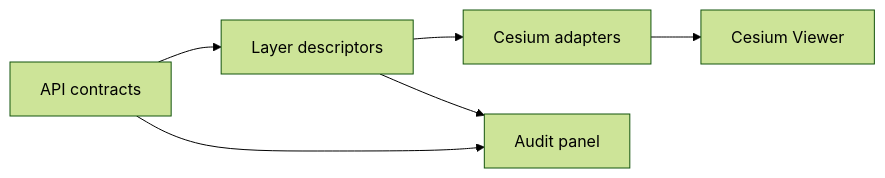
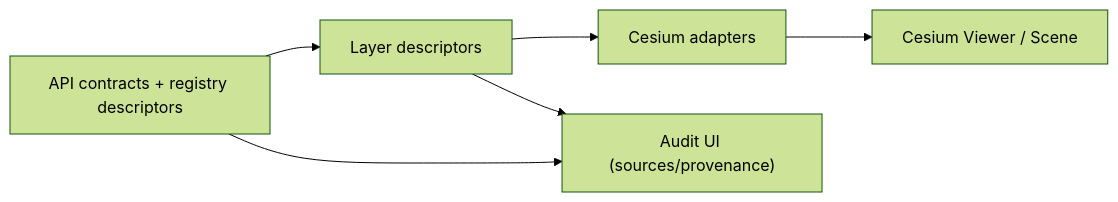
The first of 2 diagrams in web/cesium/adapters/README.md (bartytime4life/Kansas-Frontier-Matrix), drawn with Mermaid (forest theme) before and after one commit. The commit also changed other lines of this file, not shown here.

```diff
--- a/web/cesium/adapters/README.md
+++ b/web/cesium/adapters/README.md
@@ -154,8 +200,8 @@
 ~~~mermaid
 flowchart LR
-  A[API contracts] --> B[Layer descriptors]
-  B --> C[Cesium adapters]
-  C --> D[Cesium Viewer]
-  B --> E[Audit panel]
+  A["API contracts + registry descriptors"] --> B["Layer descriptors"]
+  B --> C["Cesium adapters"]
+  C --> D["Cesium Viewer / Scene"]
+  B --> E["Audit UI (sources/provenance)"]
   A --> E
 ~~~
```
